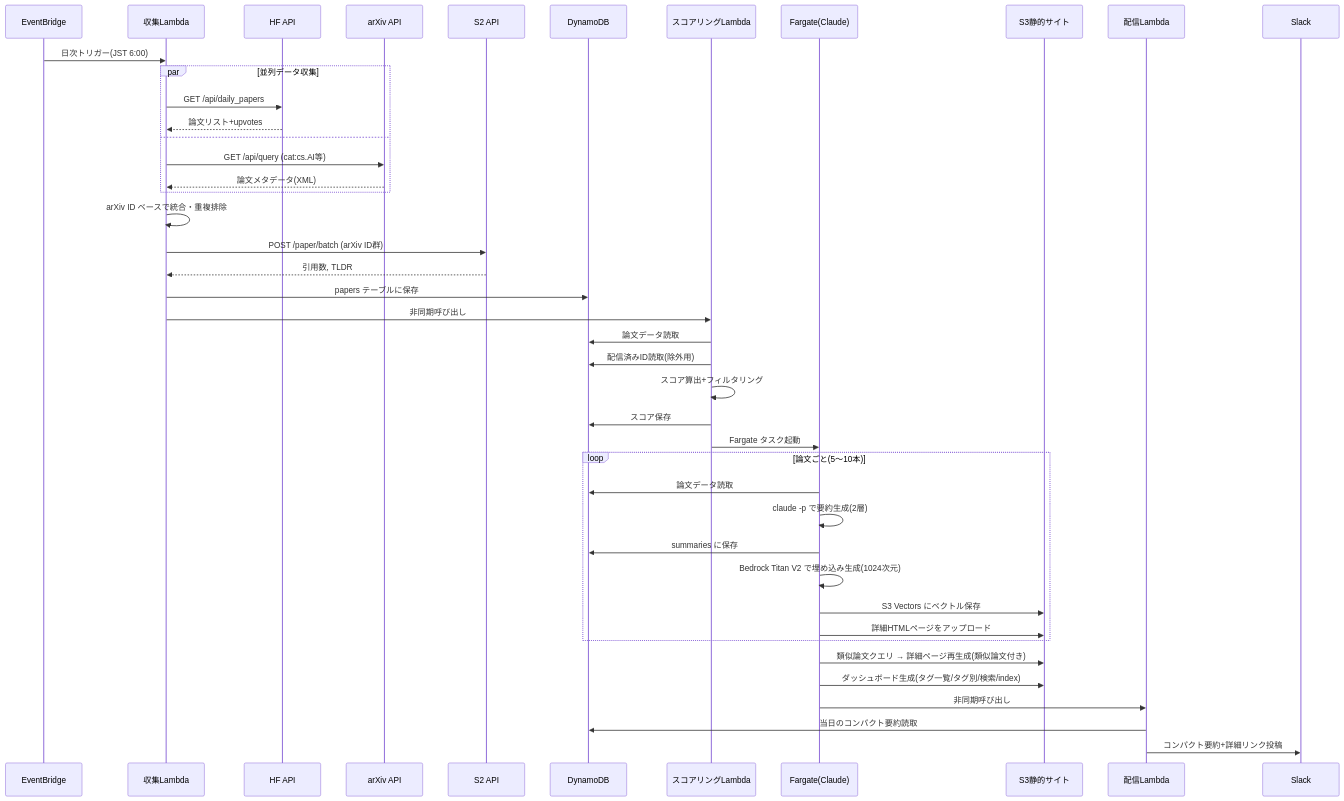
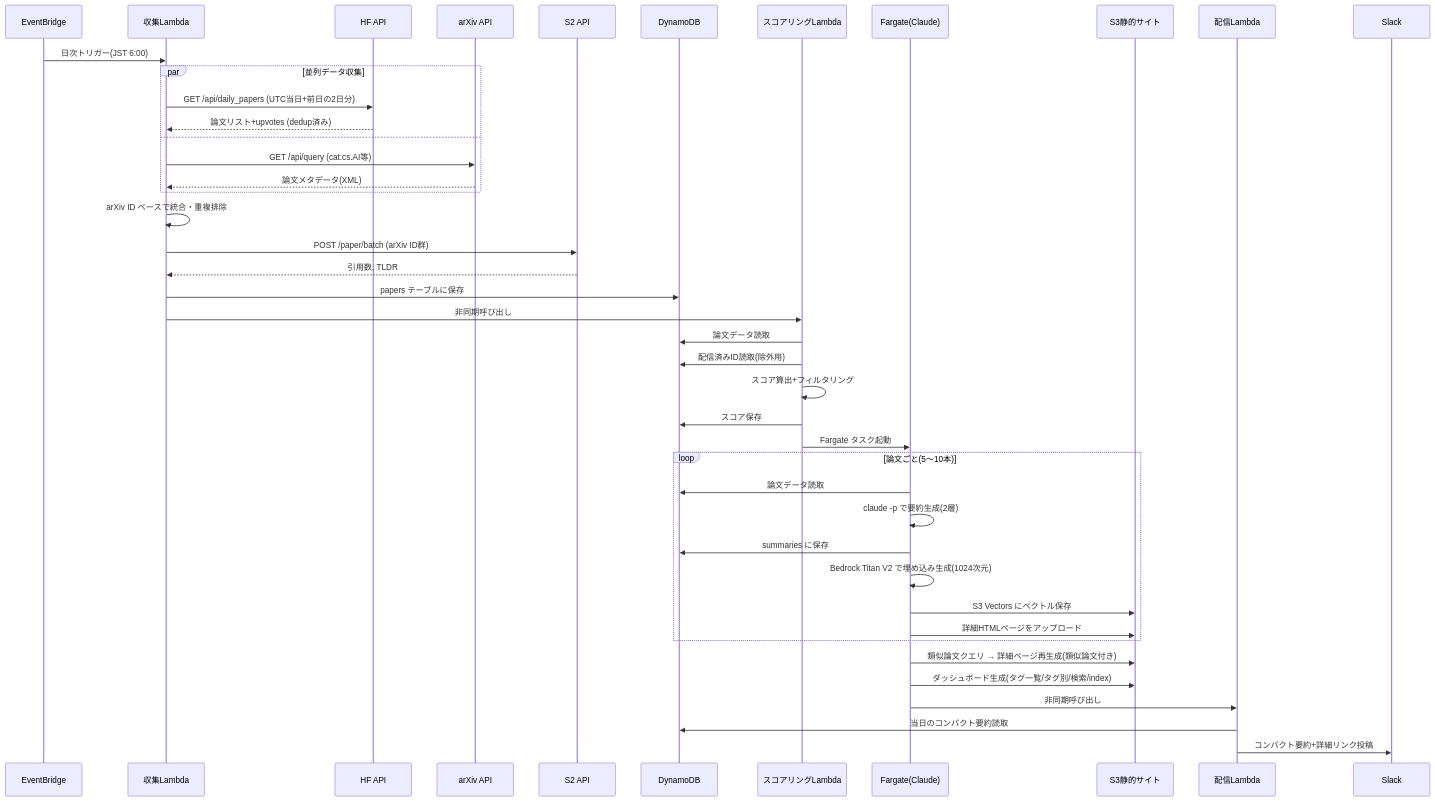
One commit to Shintaro-Abe/ai-papers-digest changed the third of 7 diagrams in docs/functional-design.md. Above: the diagram before and after it, drawn with Mermaid. The commit also changed other lines of this file and 5 other files, not shown here.

First line of the commit message:
fix: use UTC dates for HF Daily Papers API to resolve empty results

````diff
--- a/docs/functional-design.md
+++ b/docs/functional-design.md
@@ -97,52 +97,52 @@
 ```mermaid
 sequenceDiagram
     participant EB as EventBridge
     participant L1 as 収集Lambda
     participant HF as HF API
     participant AR as arXiv API
     participant SS as S2 API
     participant DDB as DynamoDB
     participant L2 as スコアリングLambda
     participant ECS as Fargate(Claude)
     participant S3 as S3静的サイト
     participant L3 as 配信Lambda
     participant SL as Slack
 
     EB->>L1: 日次トリガー(JST 6:00)
 
     par 並列データ収集
-        L1->>HF: GET /api/daily_papers
-        HF-->>L1: 論文リスト+upvotes
+        L1->>HF: GET /api/daily_papers (UTC当日+前日の2日分)
+        HF-->>L1: 論文リスト+upvotes (dedup済み)
     and
         L1->>AR: GET /api/query (cat:cs.AI等)
         AR-->>L1: 論文メタデータ(XML)
     end
 
     L1->>L1: arXiv ID ベースで統合・重複排除
     L1->>SS: POST /paper/batch (arXiv ID群)
     SS-->>L1: 引用数, TLDR
 
     L1->>DDB: papers テーブルに保存
     L1->>L2: 非同期呼び出し
 
     L2->>DDB: 論文データ読取
     L2->>DDB: 配信済みID読取(除外用)
     L2->>L2: スコア算出+フィルタリング
     L2->>DDB: スコア保存
     L2->>ECS: Fargate タスク起動
 
     loop 論文ごと(5〜10本)
         ECS->>DDB: 論文データ読取
         ECS->>ECS: claude -p で要約生成(2層)
         ECS->>DDB: summaries に保存
         ECS->>ECS: Bedrock Titan V2 で埋め込み生成(1024次元)
         ECS->>S3: S3 Vectors にベクトル保存
         ECS->>S3: 詳細HTMLページをアップロード
     end
 
     ECS->>S3: 類似論文クエリ → 詳細ページ再生成(類似論文付き)
     ECS->>S3: ダッシュボード生成(タグ一覧/タグ別/検索/index)
     ECS->>L3: 非同期呼び出し
     L3->>DDB: 当日のコンパクト要約読取
     L3->>SL: コンパクト要約+詳細リンク投稿
 ```
````
